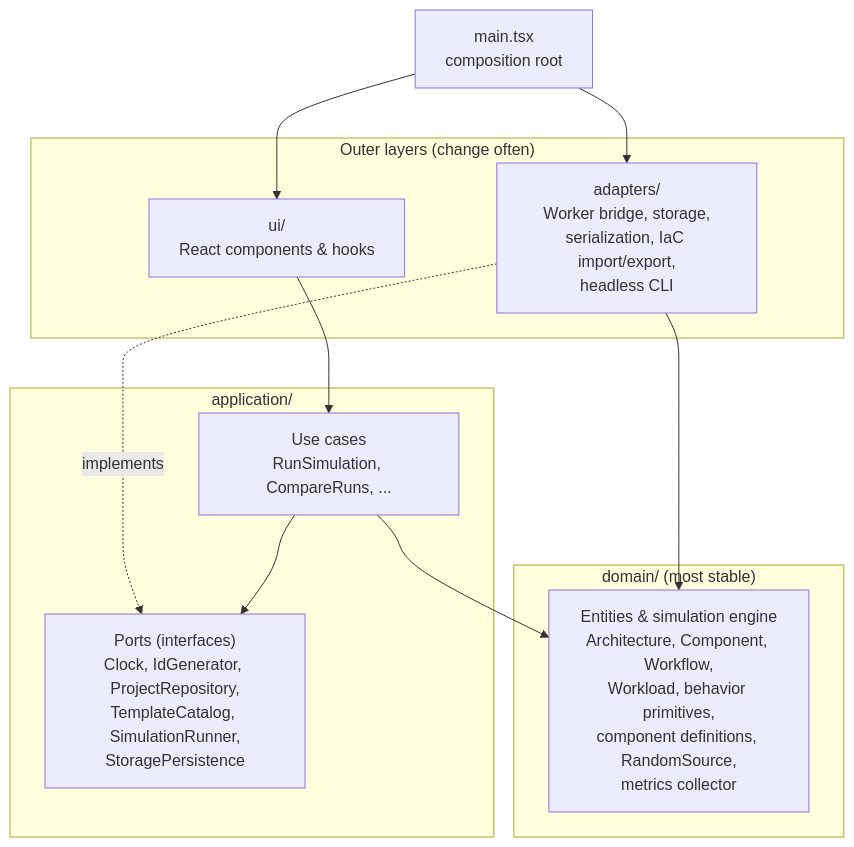
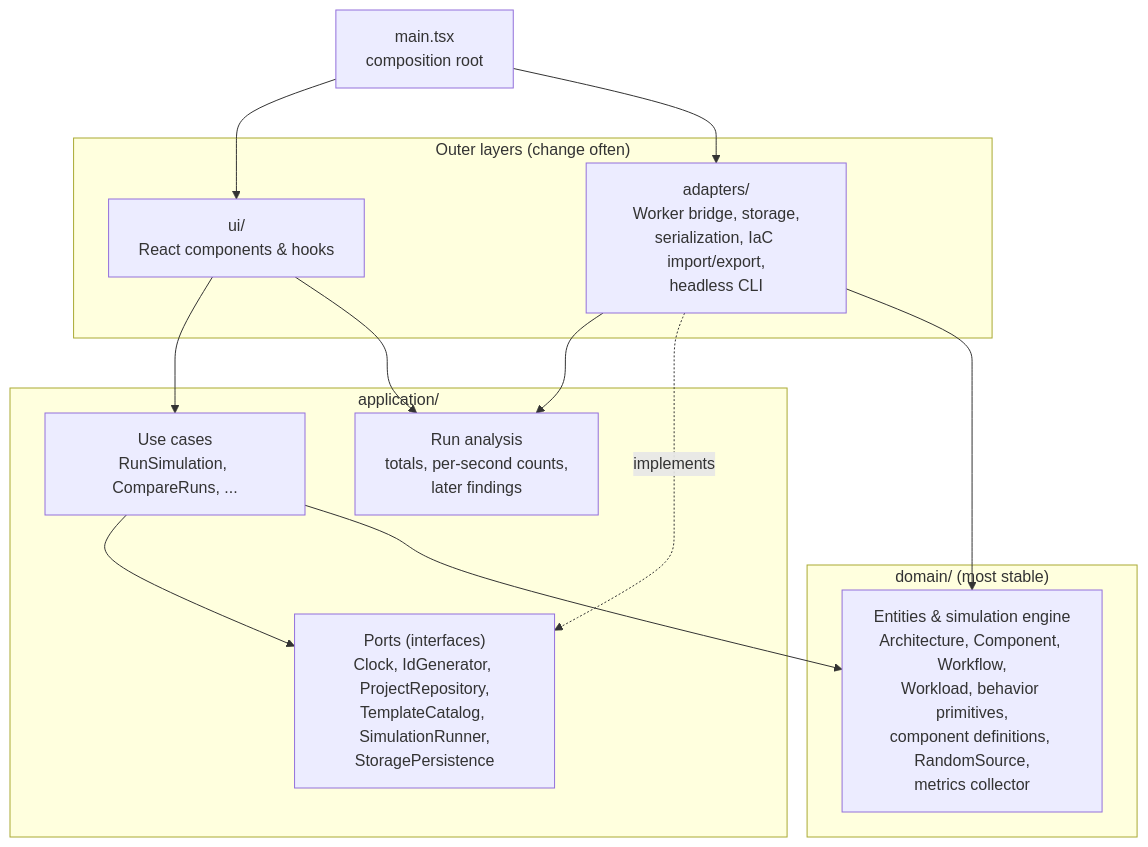
One commit to alanbickel/wind-tunnel changed the fifth of 5 diagrams in docs/architecture/architecture-overview.md. Above: the diagram before and after it, drawn with Mermaid. The commit also changed 6 other files, not shown here.

Commit message:
refactor(application): address review on #48: diagram, ADR wording, table names, shared template runner

````diff
--- a/docs/architecture/architecture-overview.md
+++ b/docs/architecture/architecture-overview.md
@@ -105,22 +105,25 @@
 ```mermaid
 flowchart TB
     subgraph outer["Outer layers (change often)"]
         UI["ui/<br/>React components & hooks"]
         AD["adapters/<br/>Worker bridge, storage,<br/>serialization, IaC import/export,<br/>headless CLI"]
     end
     subgraph app["application/"]
         UC["Use cases<br/>RunSimulation, CompareRuns, ..."]
         P["Ports (interfaces)<br/>Clock, IdGenerator, ProjectRepository,<br/>TemplateCatalog, SimulationRunner,<br/>StoragePersistence"]
+        RA["Run analysis<br/>totals, per-second counts,<br/>later findings"]
     end
     subgraph dom["domain/ (most stable)"]
         D["Entities & simulation engine<br/>Architecture, Component, Workflow,<br/>Workload, behavior primitives,<br/>component definitions, RandomSource,<br/>metrics collector"]
     end
 
     UI --> UC
+    UI --> RA
+    AD --> RA
     AD -.->|implements| P
     UC --> P
     UC --> D
     AD --> D
     MAIN["main.tsx<br/>composition root"] --> UI
     MAIN --> AD
 ```
````
